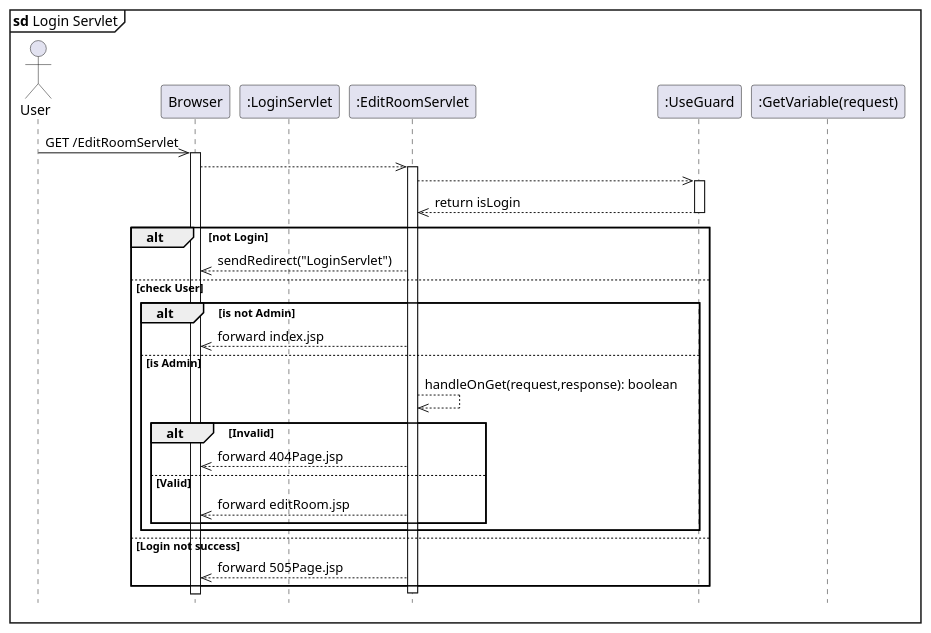
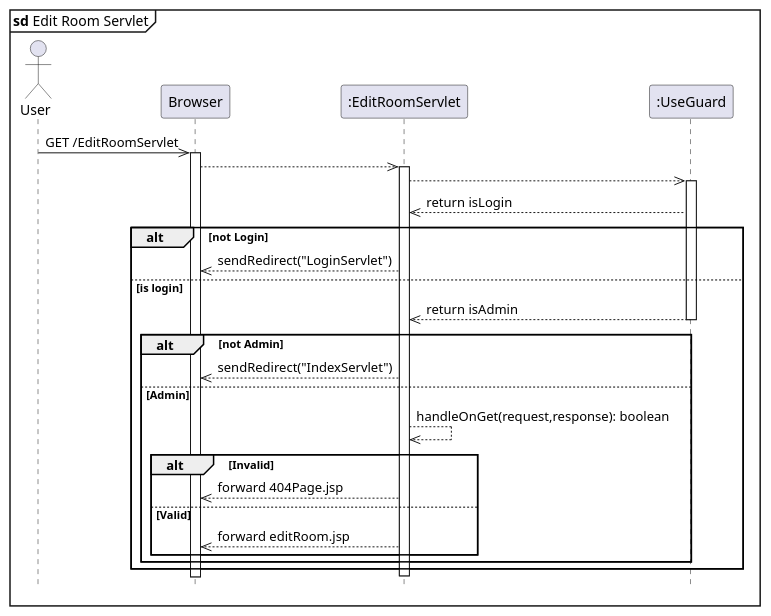
Before and after one commit to kainesv86/HKCBooking: the diagram in diagram/EditRoomServlet.puml, drawn with PlantUML. The commit also changed 6 other files, not shown here.

Commit message:
Fix Edit Room Detail Servlet Diagram

```diff
--- a/diagram/EditRoomServlet.puml
+++ b/diagram/EditRoomServlet.puml
@@ -1,34 +1,31 @@
 hide footbox
-mainframe <b>sd</b> Login Servlet
+mainframe <b>sd</b> Edit Room Servlet
 actor User
 participant "Browser" as Browser
-participant ":LoginServlet" as LoginServlet
 participant ":EditRoomServlet" as EditRoomServlet
 participant ":UseGuard" as UseGuard
-participant ":GetVariable(request)" as GetVariable
 
 User ->> Browser: GET /EditRoomServlet
 activate Browser
 Browser -->> EditRoomServlet:
 activate EditRoomServlet
     EditRoomServlet -->> UseGuard
     activate UseGuard
             UseGuard -->> EditRoomServlet:return isLogin
-    deactivate UseGuard
     alt not Login
         EditRoomServlet -->> Browser: sendRedirect("LoginServlet")
-    else check User
-        alt is not Admin
-            EditRoomServlet -->> Browser: forward index.jsp
-        else is Admin
+    else is login
+            UseGuard -->> EditRoomServlet: return isAdmin
+    deactivate UseGuard
+        alt not Admin
+            EditRoomServlet -->> Browser: sendRedirect("IndexServlet")
+        else Admin
             EditRoomServlet -->> EditRoomServlet: handleOnGet(request,response): boolean
             alt Invalid 
                 EditRoomServlet -->> Browser: forward 404Page.jsp
             else Valid
                  EditRoomServlet -->> Browser: forward editRoom.jsp
             end
         end
-    else Login not success
-        EditRoomServlet -->> Browser: forward 505Page.jsp
     end
     deactivate EditRoomServlet
```
